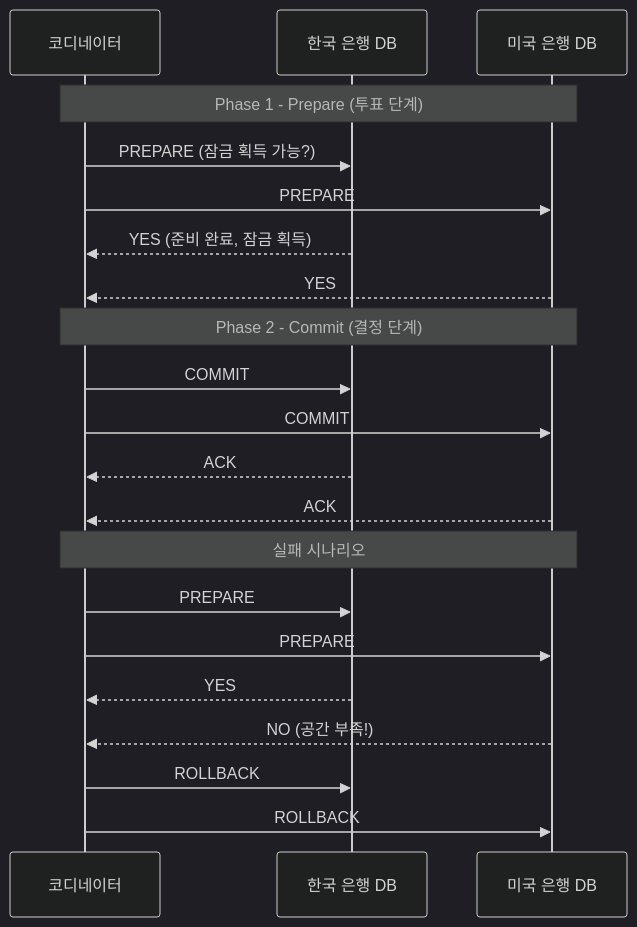
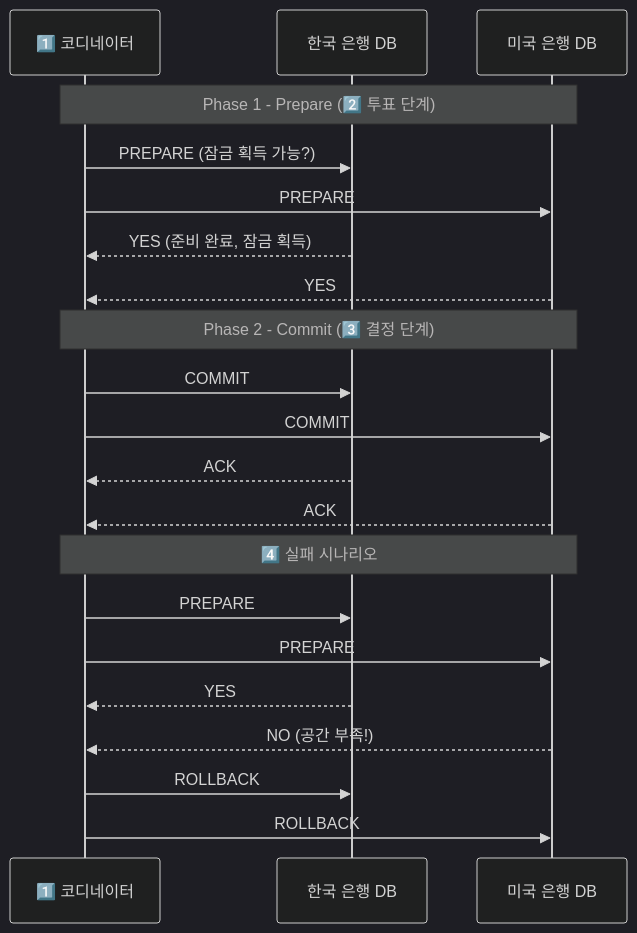
The second of 14 diagrams in _posts/architecture/2026-05-02-distributed-transaction-deep.md (yjkim2015/yjkim2015.github.io), drawn with Mermaid (dark theme) before and after one commit. The commit also changed other lines of this file and 92 other files, not shown here.

First line of the commit message:
Major quality rewrite: 98 files, Mermaid fix, extreme-scenario component

````diff
--- a/_posts/architecture/2026-05-02-distributed-transaction-deep.md
+++ b/_posts/architecture/2026-05-02-distributed-transaction-deep.md
@@ -44,26 +50,26 @@
 ```mermaid
 sequenceDiagram
-    participant Coord as 코디네이터
+    participant Coord as 1️⃣ 코디네이터
     participant DB_A as 한국 은행 DB
     participant DB_B as 미국 은행 DB
 
-    Note over Coord,DB_B: Phase 1 - Prepare (투표 단계)
+    Note over Coord,DB_B: Phase 1 - Prepare (2️⃣ 투표 단계)
     Coord->>DB_A: PREPARE (잠금 획득 가능?)
     Coord->>DB_B: PREPARE
     DB_A-->>Coord: YES (준비 완료, 잠금 획득)
     DB_B-->>Coord: YES
 
-    Note over Coord,DB_B: Phase 2 - Commit (결정 단계)
+    Note over Coord,DB_B: Phase 2 - Commit (3️⃣ 결정 단계)
     Coord->>DB_A: COMMIT
     Coord->>DB_B: COMMIT
     DB_A-->>Coord: ACK
     DB_B-->>Coord: ACK
 
-    Note over Coord,DB_B: 실패 시나리오
+    Note over Coord,DB_B: 4️⃣ 실패 시나리오
     Coord->>DB_A: PREPARE
     Coord->>DB_B: PREPARE
     DB_A-->>Coord: YES
     DB_B-->>Coord: NO (공간 부족!)
     Coord->>DB_A: ROLLBACK
     Coord->>DB_B: ROLLBACK
 ```
````
